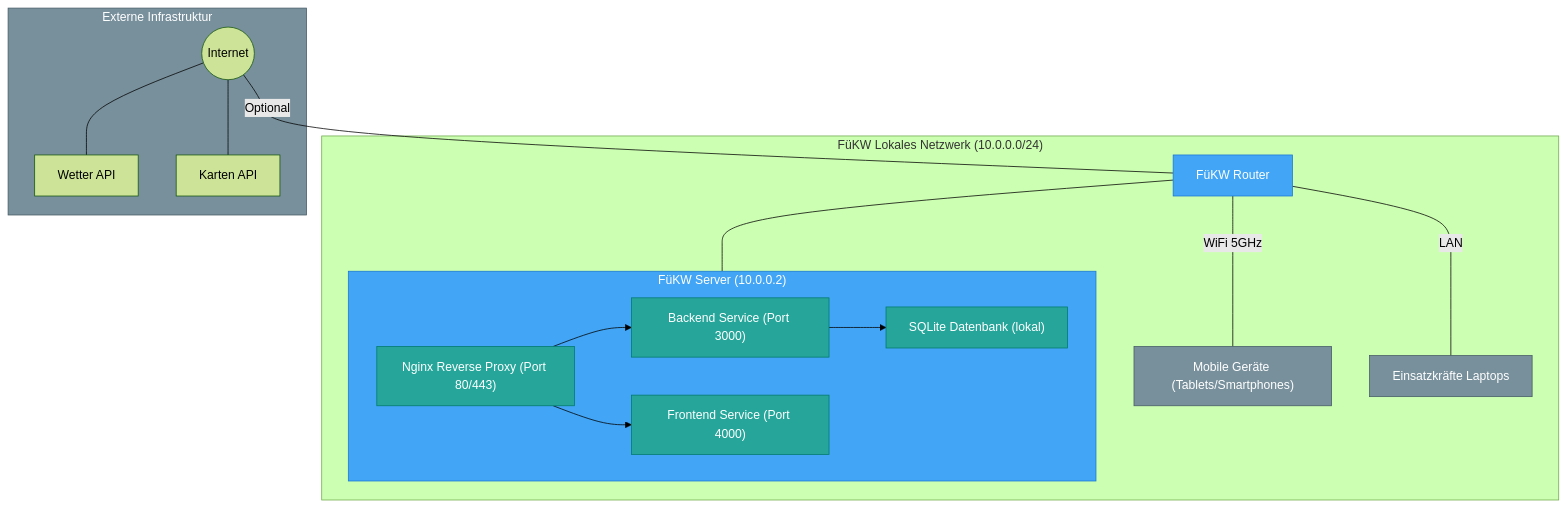
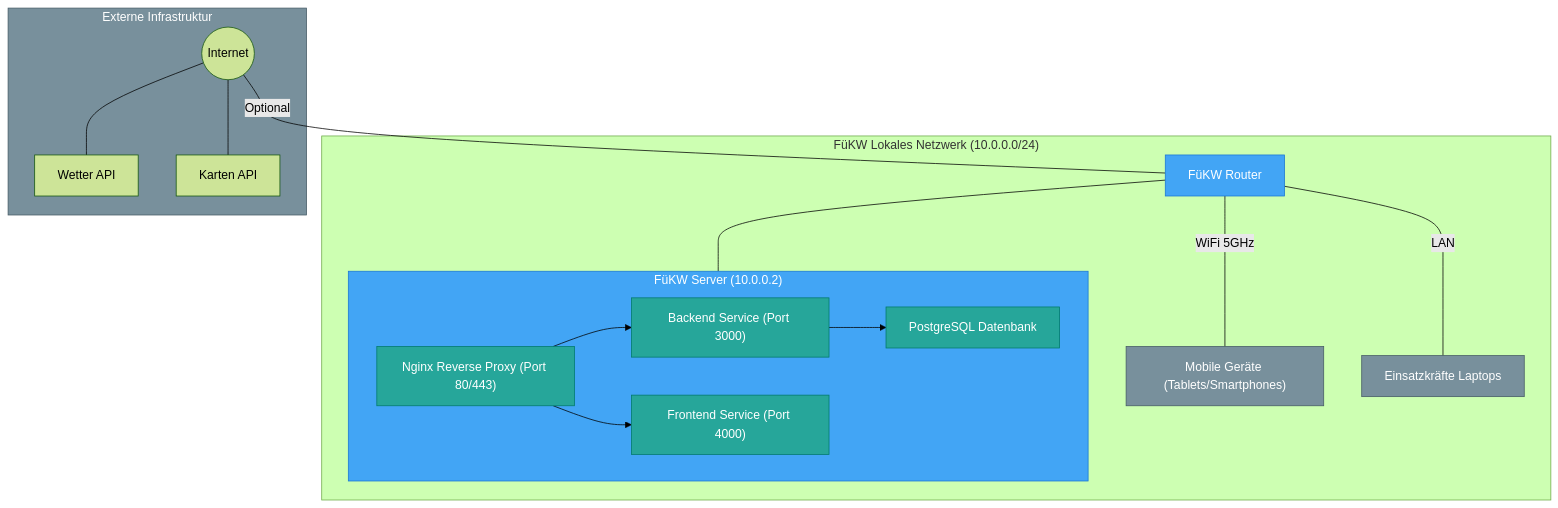
Before and after one commit to bluelight-hub/app: the second of 7 diagrams in docs/architecture/07-deployment-view.adoc, drawn with Mermaid (forest theme). The commit also changed other lines of this file and 138 other files, not shown here.

```diff
--- a/docs/architecture/07-deployment-view.adoc
+++ b/docs/architecture/07-deployment-view.adoc
@@ -128,35 +128,35 @@
 [mermaid]
 ....
 flowchart TD
     Internet((Internet)) --- |Optional| Router[FüKW Router]
     
     subgraph FüKW_Network["FüKW Lokales Netzwerk (10.0.0.0/24)"]
         Router --- Server
         Router --- |WiFi 5GHz| Mobile["Mobile Geräte (Tablets/Smartphones)"]
         Router --- |LAN| Laptops["Einsatzkräfte Laptops"]
         
         subgraph Server["FüKW Server (10.0.0.2)"]
             NginxProxy["Nginx Reverse Proxy (Port 80/443)"]
             BackendService["Backend Service (Port 3000)"]
             FrontendService["Frontend Service (Port 4000)"]
-            Database["SQLite Datenbank (lokal)"]
+            Database["PostgreSQL Datenbank"]
             
             NginxProxy --> BackendService
             NginxProxy --> FrontendService
             BackendService --> Database
         end
     end
     
     subgraph External["Externe Infrastruktur"]
         Internet --- WeatherAPI["Wetter API"]
         Internet --- MapsAPI["Karten API"]
     end
     
     classDef primary fill:#42A5F5,stroke:#1976D2,color:white
     classDef secondary fill:#78909C,stroke:#455A64,color:white
     classDef server fill:#26A69A,stroke:#00796B,color:white
     
     class Router,Server primary
     class Mobile,Laptops,External secondary
     class NginxProxy,BackendService,FrontendService,Database server
 ....
```
